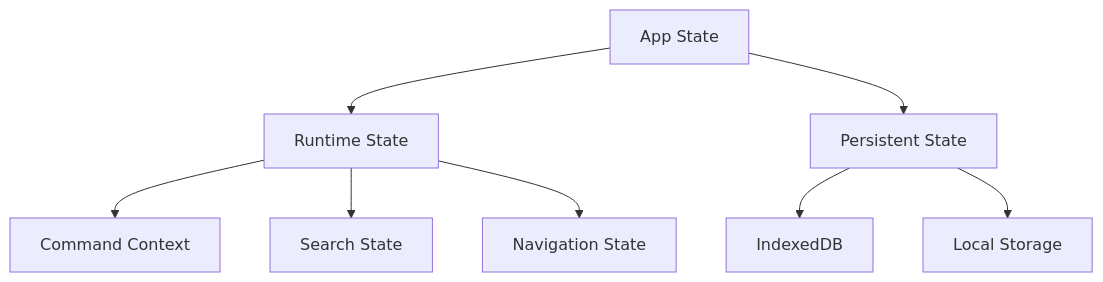
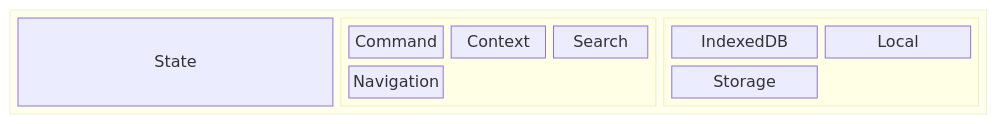
Before and after one commit to m3au/meows: the sixth of 12 diagrams in index.md, drawn with Mermaid. The commit also changed other lines of this file and 3 other files, not shown here.

````diff
--- a/index.md
+++ b/index.md
@@ -363,12 +366,16 @@
 ```mermaid
-graph TD
-    A[App State] --> B[Runtime State]
-    A --> C[Persistent State]
-
-    B --> D[Command Context]
-    B --> E[Search State]
-    B --> F[Navigation State]
-
-    C --> G[IndexedDB]
-    C --> H[Local Storage]
+block-beta
+    block:App State
+        block:Runtime State
+            columns 3
+            Command Context
+            Search State
+            Navigation State
+        end
+        block:Persistent State
+            columns 2
+            IndexedDB
+            Local Storage
+        end
+    end
 ```
````
